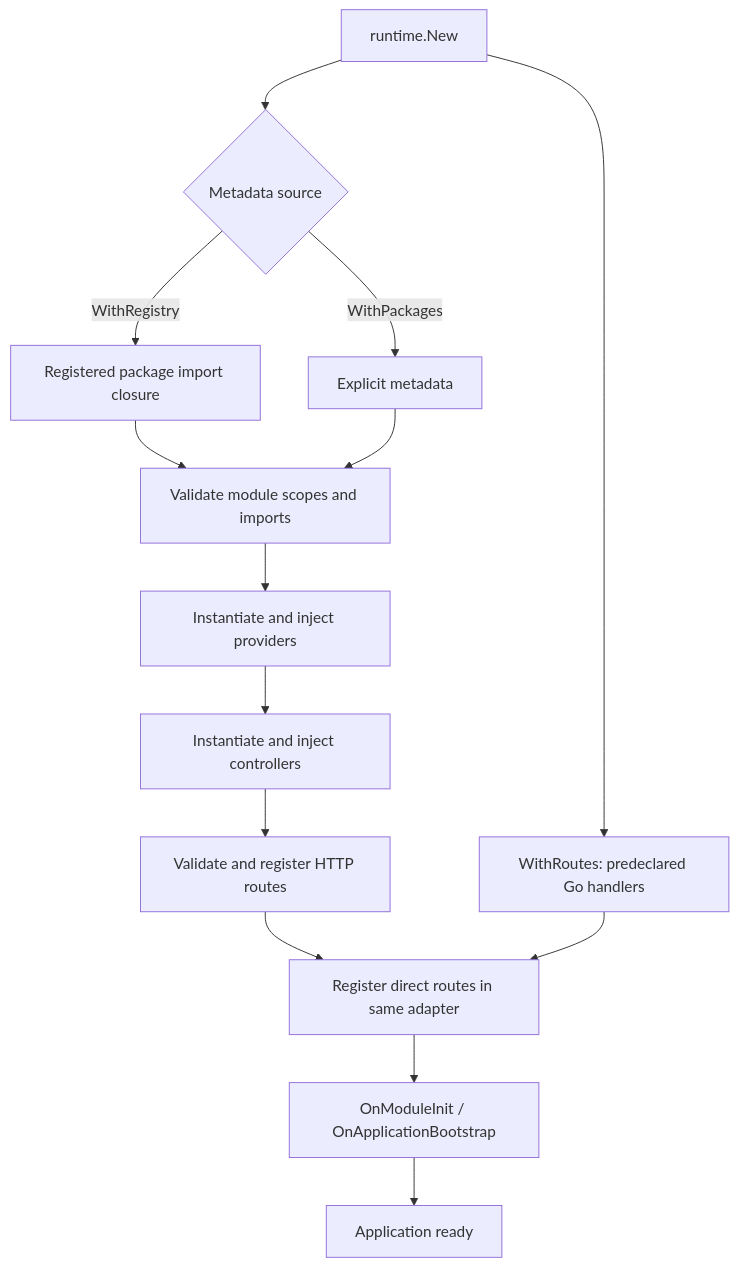
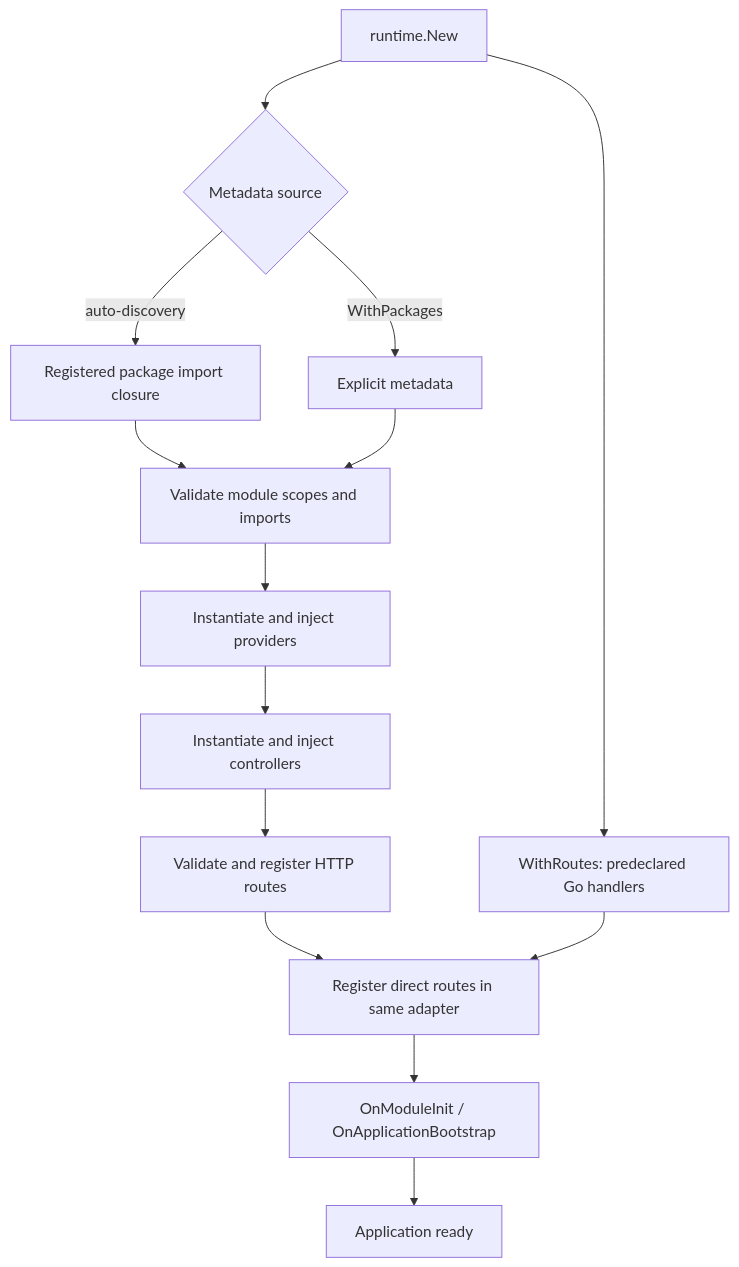
One commit to kevenmiano/nestgo changed the diagram in docs/RUNTIME.md. Above: the diagram before and after it, drawn with Mermaid. The commit also changed other lines of this file, not shown here.

Commit message:
docs(dx): remove manual registry names from distributed application bootstrap

````diff
--- a/docs/RUNTIME.md
+++ b/docs/RUNTIME.md
@@ -50,16 +50,16 @@
 ```mermaid
 flowchart TD
   New["runtime.New"] --> Packages{"Metadata source"}
-  Packages -->|"WithRegistry"| Closure["Registered package import closure"]
+  Packages -->|"auto-discovery"| Closure["Registered package import closure"]
   Packages -->|"WithPackages"| Direct["Explicit metadata"]
   Closure --> Graph["Validate module scopes and imports"]
   Direct --> Graph
   Graph --> Providers["Instantiate and inject providers"]
   Providers --> Controllers["Instantiate and inject controllers"]
   Controllers --> Routes["Validate and register HTTP routes"]
   New --> Raw["WithRoutes: predeclared Go handlers"]
   Routes --> Registration["Register direct routes in same adapter"]
   Raw --> Registration
   Registration --> Hooks["OnModuleInit / OnApplicationBootstrap"]
   Hooks --> Application["Application ready"]
 ```
````
